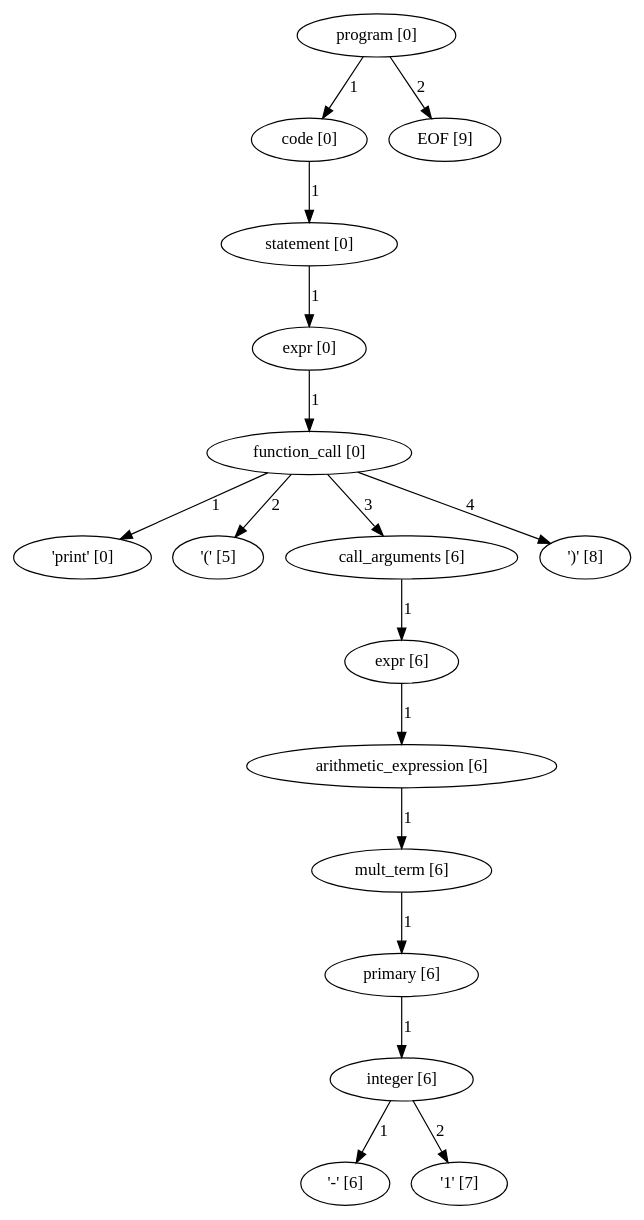
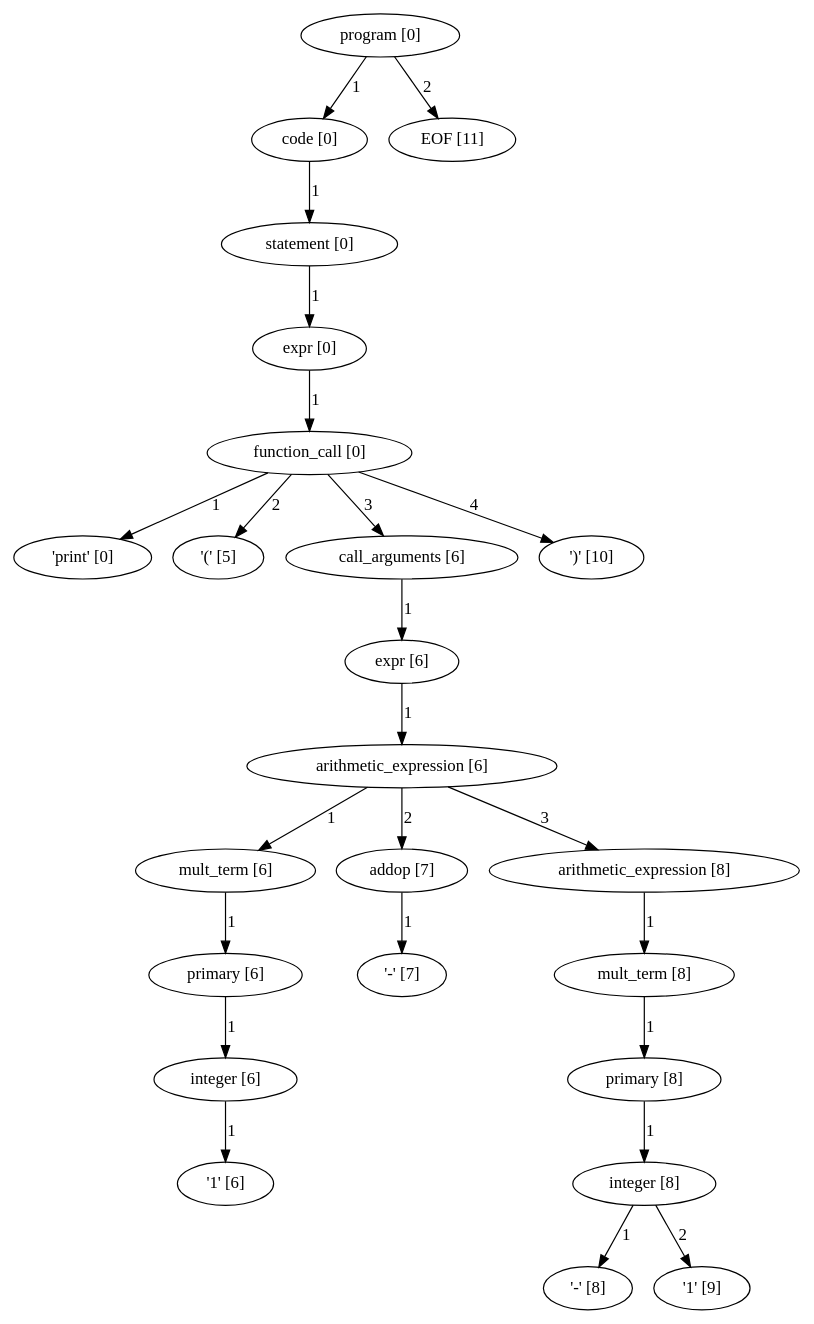
Before and after one commit to pragdave/cs3342_smurf: the diagram in RealProject/program_parse_tree.dot, drawn with Graphviz. The commit also changed 141 other files, not shown here.

```diff
--- a/RealProject/program_parse_tree.dot
+++ b/RealProject/program_parse_tree.dot
@@ -1,51 +1,72 @@
 digraph arpeggio_graph {
-2645464652656 [label="program [0]"];
-2645464652656->2645464653064 [label="1"]
+2621440699384 [label="program [0]"];
+2621440699384->2621440699928 [label="1"]
 
-2645464653064 [label="code [0]"];
-2645464653064->2645464827968 [label="1"]
+2621440699928 [label="code [0]"];
+2621440699928->2621440884944 [label="1"]
 
-2645464827968 [label="statement [0]"];
-2645464827968->2645464827832 [label="1"]
+2621440884944 [label="statement [0]"];
+2621440884944->2621440884808 [label="1"]
 
-2645464827832 [label="expr [0]"];
-2645464827832->2645464827696 [label="1"]
+2621440884808 [label="expr [0]"];
+2621440884808->2621440868136 [label="1"]
 
-2645464827696 [label="function_call [0]"];
-2645464827696->2645464140440 [label="1"]
+2621440868136 [label="function_call [0]"];
+2621440868136->2621440281240 [label="1"]
 
-2645464140440 [label=" 'print' [0]"];
-2645464827696->2645464140560 [label="2"]
+2621440281240 [label=" 'print' [0]"];
+2621440868136->2621440281360 [label="2"]
 
-2645464140560 [label=" '(' [5]"];
-2645464827696->2645464827560 [label="3"]
+2621440281360 [label=" '(' [5]"];
+2621440868136->2621440868000 [label="3"]
 
-2645464827560 [label="call_arguments [6]"];
-2645464827560->2645464827424 [label="1"]
+2621440868000 [label="call_arguments [6]"];
+2621440868000->2621440867864 [label="1"]
 
-2645464827424 [label="expr [6]"];
-2645464827424->2645464827288 [label="1"]
+2621440867864 [label="expr [6]"];
+2621440867864->2621440867728 [label="1"]
 
-2645464827288 [label="arithmetic_expression [6]"];
-2645464827288->2645464827152 [label="1"]
+2621440867728 [label="arithmetic_expression [6]"];
+2621440867728->2621440866096 [label="1"]
 
-2645464827152 [label="mult_term [6]"];
-2645464827152->2645464827016 [label="1"]
+2621440866096 [label="mult_term [6]"];
+2621440866096->2621440865960 [label="1"]
 
-2645464827016 [label="primary [6]"];
-2645464827016->2645464825928 [label="1"]
+2621440865960 [label="primary [6]"];
+2621440865960->2621440865824 [label="1"]
 
-2645464825928 [label="integer [6]"];
-2645464825928->2645464834600 [label="1"]
+2621440865824 [label="integer [6]"];
+2621440865824->2621440868544 [label="1"]
 
-2645464834600 [label=" '-' [6]"];
-2645464825928->2645464834720 [label="2"]
+2621440868544 [label=" '1' [6]"];
+2621440867728->2621440866232 [label="2"]
 
-2645464834720 [label=" '1' [7]"];
-2645464827696->2645464834840 [label="4"]
+2621440866232 [label="addop [7]"];
+2621440866232->2621440868664 [label="1"]
 
-2645464834840 [label=" ')' [8]"];
-2645464652656->2645464141280 [label="2"]
+2621440868664 [label=" '-' [7]"];
+2621440867728->2621440867592 [label="3"]
 
-2645464141280 [label="EOF [9]"];
+2621440867592 [label="arithmetic_expression [8]"];
+2621440867592->2621440867456 [label="1"]
+
+2621440867456 [label="mult_term [8]"];
+2621440867456->2621440867320 [label="1"]
+
+2621440867320 [label="primary [8]"];
+2621440867320->2621440865416 [label="1"]
+
+2621440865416 [label="integer [8]"];
+2621440865416->2621440869504 [label="1"]
+
+2621440869504 [label=" '-' [8]"];
+2621440865416->2621440869624 [label="2"]
+
+2621440869624 [label=" '1' [9]"];
+2621440868136->2621440869744 [label="4"]
+
+2621440869744 [label=" ')' [10]"];
+2621440699384->2621440281480 [label="2"]
+
+2621440281480 [label="EOF [11]"];
 }
```
